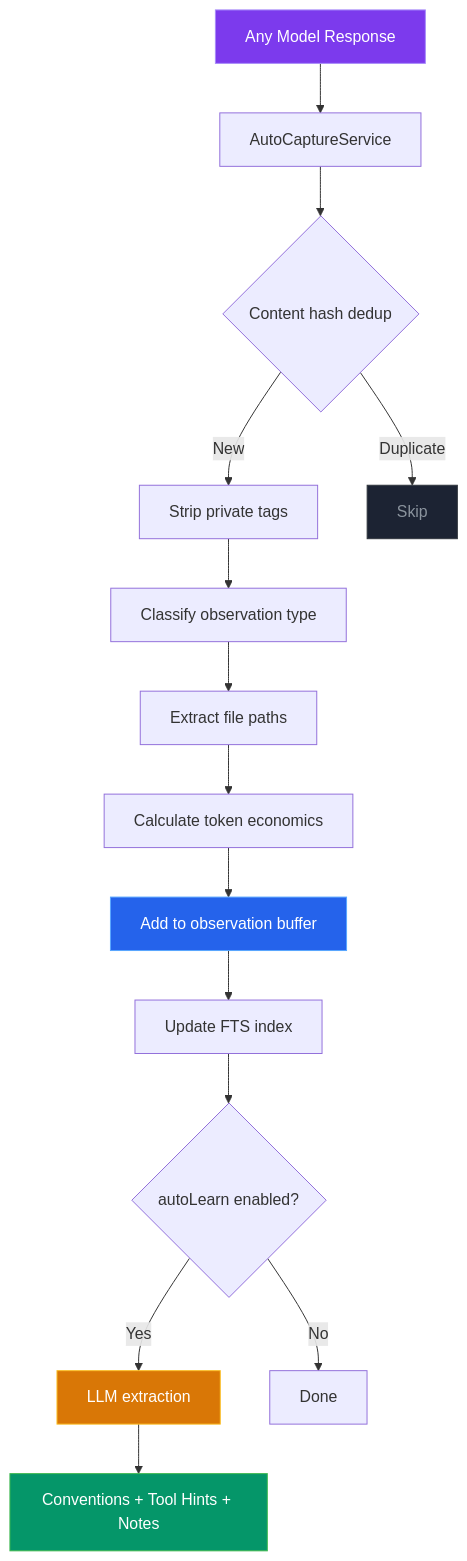
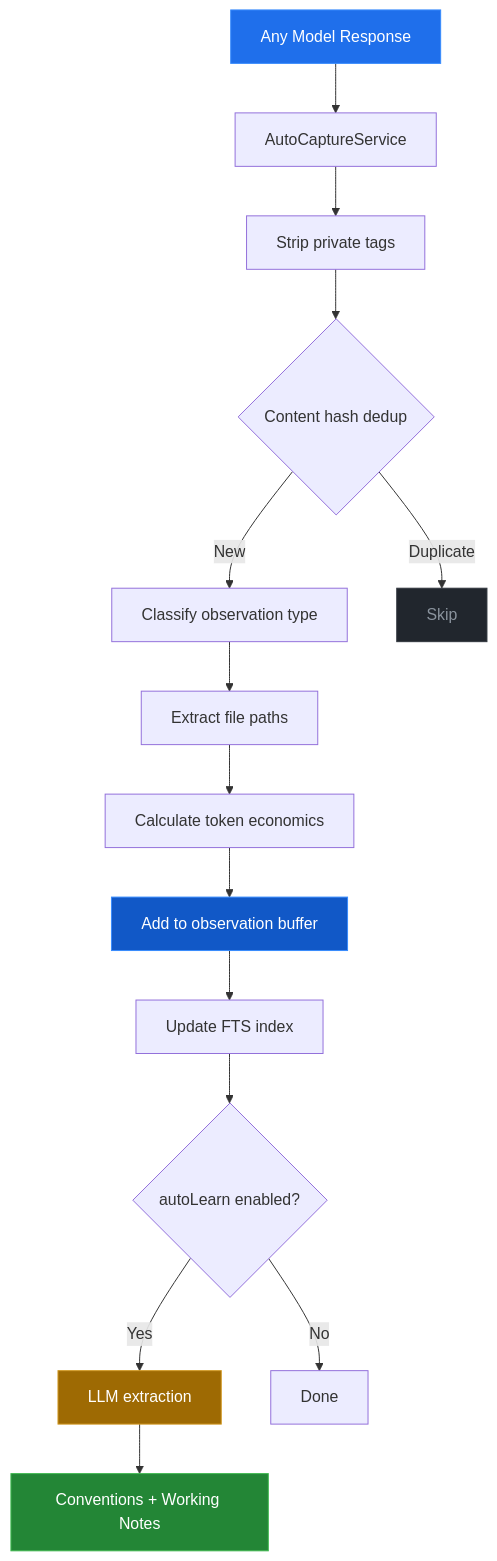
One commit to GittyHarsha/ContextManager changed the second of 4 diagrams in docs/architecture/data-flow.md. Above: the diagram before and after it, drawn with Mermaid. The commit also changed other lines of this file and 86 other files, not shown here.

```diff
--- a/docs/architecture/data-flow.md
+++ b/docs/architecture/data-flow.md
@@ -53,22 +51,22 @@
 <pre class="mermaid">
 graph TD
     A[Any Model Response] --> B[AutoCaptureService]
-    B --> C{Content hash dedup}
-    C -->|New| D[Strip private tags]
-    C -->|Duplicate| X[Skip]
-    D --> E[Classify observation type]
+    B --> C[Strip private tags]
+    C --> D{Content hash dedup}
+    D -->|New| E[Classify observation type]
+    D -->|Duplicate| X[Skip]
     E --> F[Extract file paths]
     F --> G[Calculate token economics]
     G --> H[Add to observation buffer]
     H --> I[Update FTS index]
     I --> J{autoLearn enabled?}
     J -->|Yes| K[LLM extraction]
-    K --> L[Conventions + Tool Hints + Notes]
+    K --> L[Conventions + Working Notes]
     J -->|No| N[Done]
 
-    style A fill:#7c3aed,stroke:#a78bfa,color:#fff
-    style H fill:#2563eb,stroke:#58a6ff,color:#fff
-    style K fill:#d97706,stroke:#fbbf24,color:#fff
-    style L fill:#059669,stroke:#3fb950,color:#fff
-    style X fill:#1c2333,stroke:#30363d,color:#8b949e
+    style A fill:#1f6feb,stroke:#388bfd,color:#fff
+    style H fill:#1158c7,stroke:#388bfd,color:#fff
+    style K fill:#9e6a03,stroke:#d29922,color:#fff
+    style L fill:#238636,stroke:#3fb950,color:#fff
+    style X fill:#21262d,stroke:#30363d,color:#8b949e
 </pre>
```
